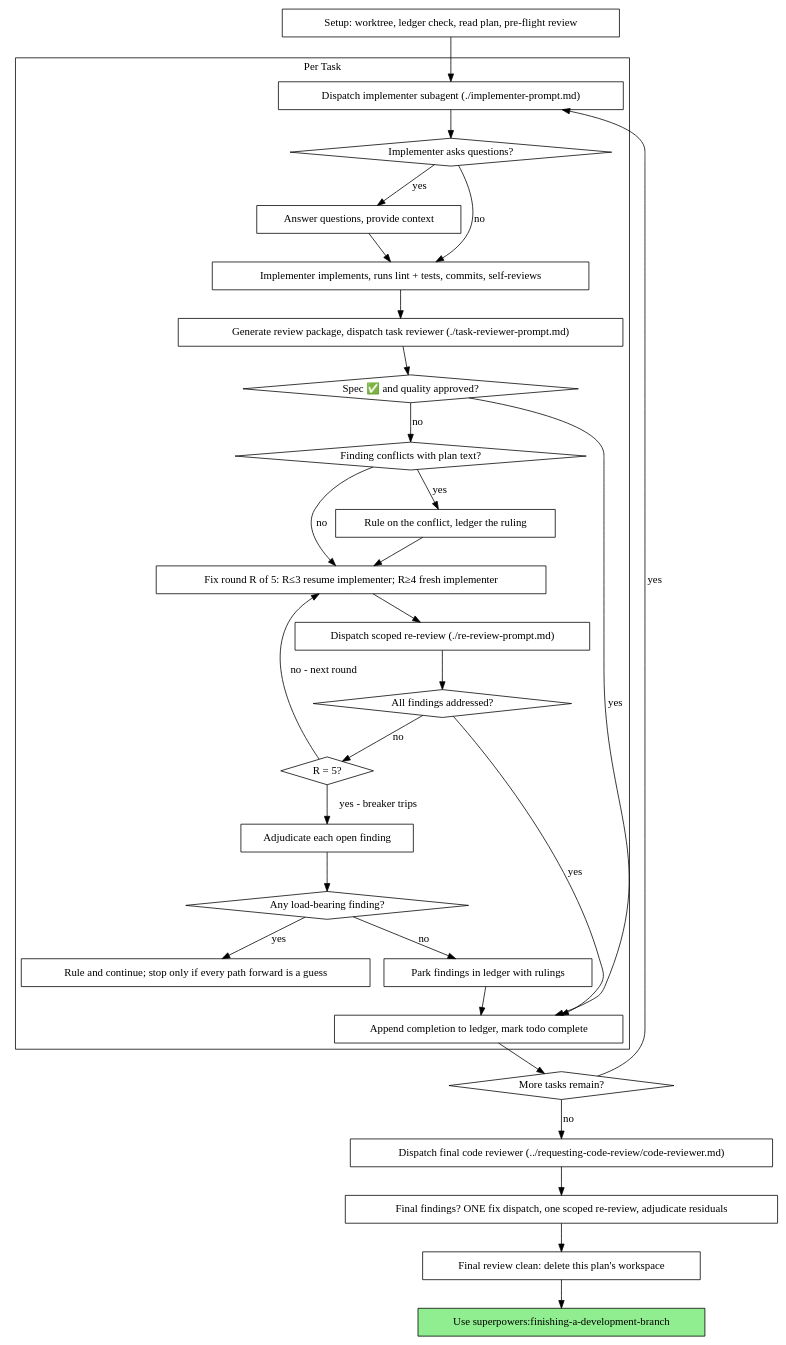
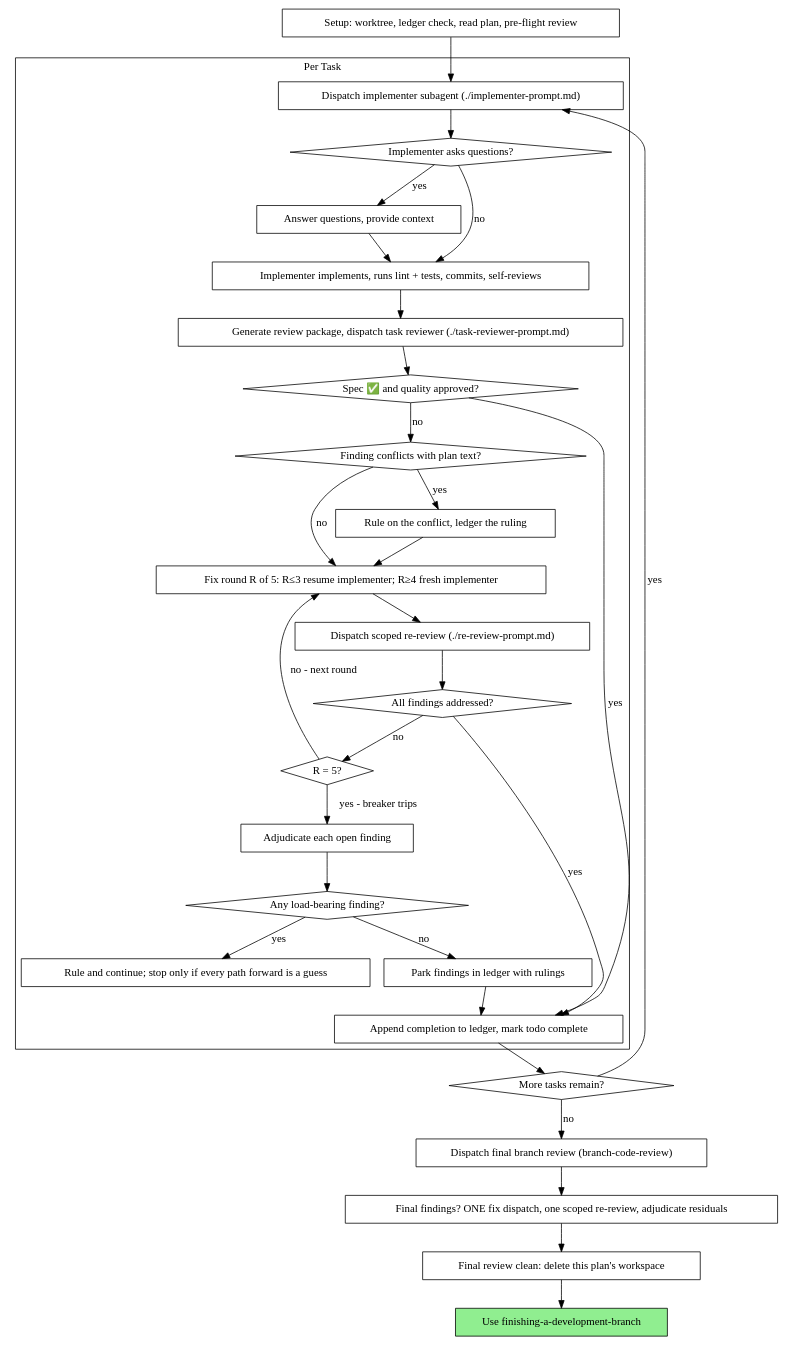
One commit to itsjustnoam-spec/claudeskillstest changed the second of 2 diagrams in skills/subagent-driven-development/SKILL.md. Above: the diagram before and after it, drawn with Graphviz. The commit also changed other lines of this file and 20 other files, not shown here.

Commit message:
feat(review,analyzer): implement branch-code-review, code-reviews-analyzer, and workflow improvements

````diff
--- a/skills/subagent-driven-development/SKILL.md
+++ b/skills/subagent-driven-development/SKILL.md
@@ -61,62 +61,62 @@
 ```dot
 digraph process {
     rankdir=TB;
 
     subgraph cluster_per_task {
         label="Per Task";
         "Dispatch implementer subagent (./implementer-prompt.md)" [shape=box];
         "Implementer asks questions?" [shape=diamond];
         "Answer questions, provide context" [shape=box];
         "Implementer implements, runs lint + tests, commits, self-reviews" [shape=box];
         "Generate review package, dispatch task reviewer (./task-reviewer-prompt.md)" [shape=box];
         "Spec ✅ and quality approved?" [shape=diamond];
         "Finding conflicts with plan text?" [shape=diamond];
         "Rule on the conflict, ledger the ruling" [shape=box];
         "Fix round R of 5: R≤3 resume implementer; R≥4 fresh implementer" [shape=box];
         "Dispatch scoped re-review (./re-review-prompt.md)" [shape=box];
         "All findings addressed?" [shape=diamond];
         "R = 5?" [shape=diamond];
         "Adjudicate each open finding" [shape=box];
         "Any load-bearing finding?" [shape=diamond];
         "Rule and continue; stop only if every path forward is a guess" [shape=box];
         "Park findings in ledger with rulings" [shape=box];
         "Append completion to ledger, mark todo complete" [shape=box];
     }
 
     "Setup: worktree, ledger check, read plan, pre-flight review" [shape=box];
     "More tasks remain?" [shape=diamond];
-    "Dispatch final code reviewer (../requesting-code-review/code-reviewer.md)" [shape=box];
+    "Dispatch final branch review (branch-code-review)" [shape=box];
     "Final findings? ONE fix dispatch, one scoped re-review, adjudicate residuals" [shape=box];
     "Final review clean: delete this plan's workspace" [shape=box];
-    "Use superpowers:finishing-a-development-branch" [shape=box style=filled fillcolor=lightgreen];
+    "Use finishing-a-development-branch" [shape=box style=filled fillcolor=lightgreen];
 
     "Setup: worktree, ledger check, read plan, pre-flight review" -> "Dispatch implementer subagent (./implementer-prompt.md)";
     "Dispatch implementer subagent (./implementer-prompt.md)" -> "Implementer asks questions?";
     "Implementer asks questions?" -> "Answer questions, provide context" [label="yes"];
     "Answer questions, provide context" -> "Implementer implements, runs lint + tests, commits, self-reviews";
     "Implementer asks questions?" -> "Implementer implements, runs lint + tests, commits, self-reviews" [label="no"];
     "Implementer implements, runs lint + tests, commits, self-reviews" -> "Generate review package, dispatch task reviewer (./task-reviewer-prompt.md)";
     "Generate review package, dispatch task reviewer (./task-reviewer-prompt.md)" -> "Spec ✅ and quality approved?";
     "Spec ✅ and quality approved?" -> "Append completion to ledger, mark todo complete" [label="yes"];
     "Spec ✅ and quality approved?" -> "Finding conflicts with plan text?" [label="no"];
     "Finding conflicts with plan text?" -> "Rule on the conflict, ledger the ruling" [label="yes"];
     "Rule on the conflict, ledger the ruling" -> "Fix round R of 5: R≤3 resume implementer; R≥4 fresh implementer";
     "Finding conflicts with plan text?" -> "Fix round R of 5: R≤3 resume implementer; R≥4 fresh implementer" [label="no"];
     "Fix round R of 5: R≤3 resume implementer; R≥4 fresh implementer" -> "Dispatch scoped re-review (./re-review-prompt.md)";
     "Dispatch scoped re-review (./re-review-prompt.md)" -> "All findings addressed?";
     "All findings addressed?" -> "Append completion to ledger, mark todo complete" [label="yes"];
     "All findings addressed?" -> "R = 5?" [label="no"];
     "R = 5?" -> "Fix round R of 5: R≤3 resume implementer; R≥4 fresh implementer" [label="no - next round"];
     "R = 5?" -> "Adjudicate each open finding" [label="yes - breaker trips"];
     "Adjudicate each open finding" -> "Any load-bearing finding?";
     "Any load-bearing finding?" -> "Rule and continue; stop only if every path forward is a guess" [label="yes"];
     "Any load-bearing finding?" -> "Park findings in ledger with rulings" [label="no"];
     "Park findings in ledger with rulings" -> "Append completion to ledger, mark todo complete";
     "Append completion to ledger, mark todo complete" -> "More tasks remain?";
     "More tasks remain?" -> "Dispatch implementer subagent (./implementer-prompt.md)" [label="yes"];
-    "More tasks remain?" -> "Dispatch final code reviewer (../requesting-code-review/code-reviewer.md)" [label="no"];
-    "Dispatch final code reviewer (../requesting-code-review/code-reviewer.md)" -> "Final findings? ONE fix dispatch, one scoped re-review, adjudicate residuals";
+    "More tasks remain?" -> "Dispatch final branch review (branch-code-review)" [label="no"];
+    "Dispatch final branch review (branch-code-review)" -> "Final findings? ONE fix dispatch, one scoped re-review, adjudicate residuals";
     "Final findings? ONE fix dispatch, one scoped re-review, adjudicate residuals" -> "Final review clean: delete this plan's workspace";
-    "Final review clean: delete this plan's workspace" -> "Use superpowers:finishing-a-development-branch";
+    "Final review clean: delete this plan's workspace" -> "Use finishing-a-development-branch";
 }
 ```
````
